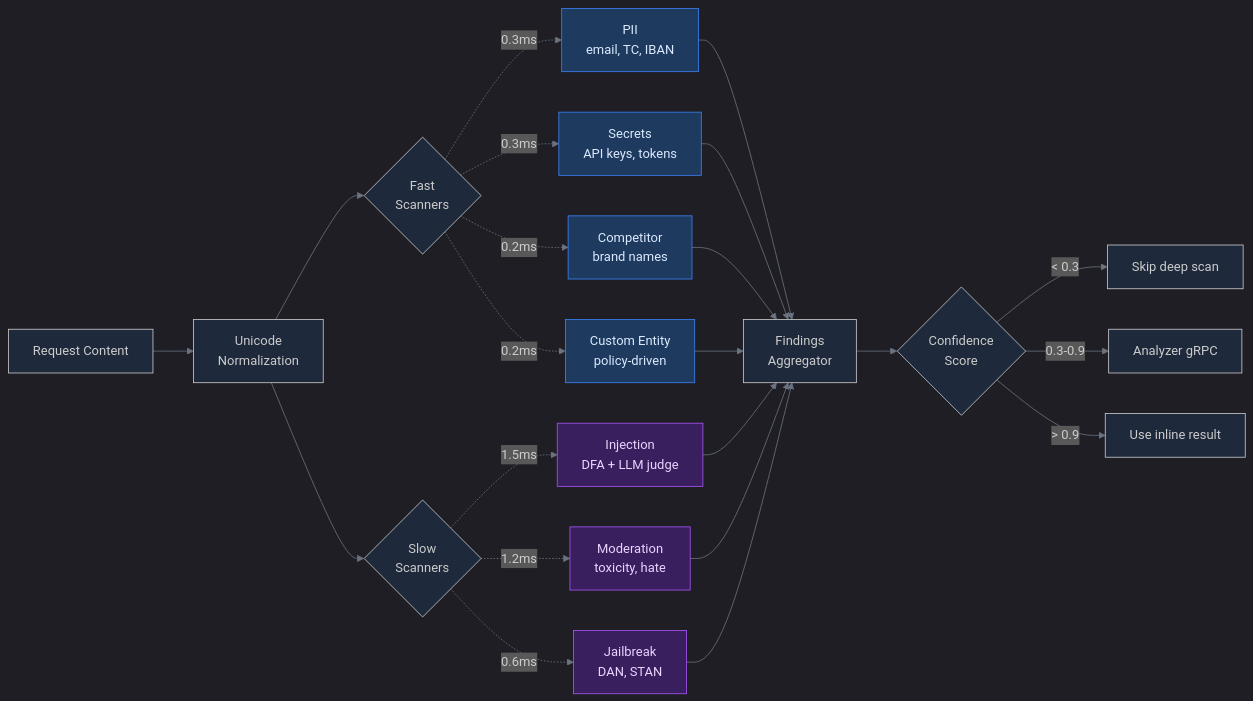
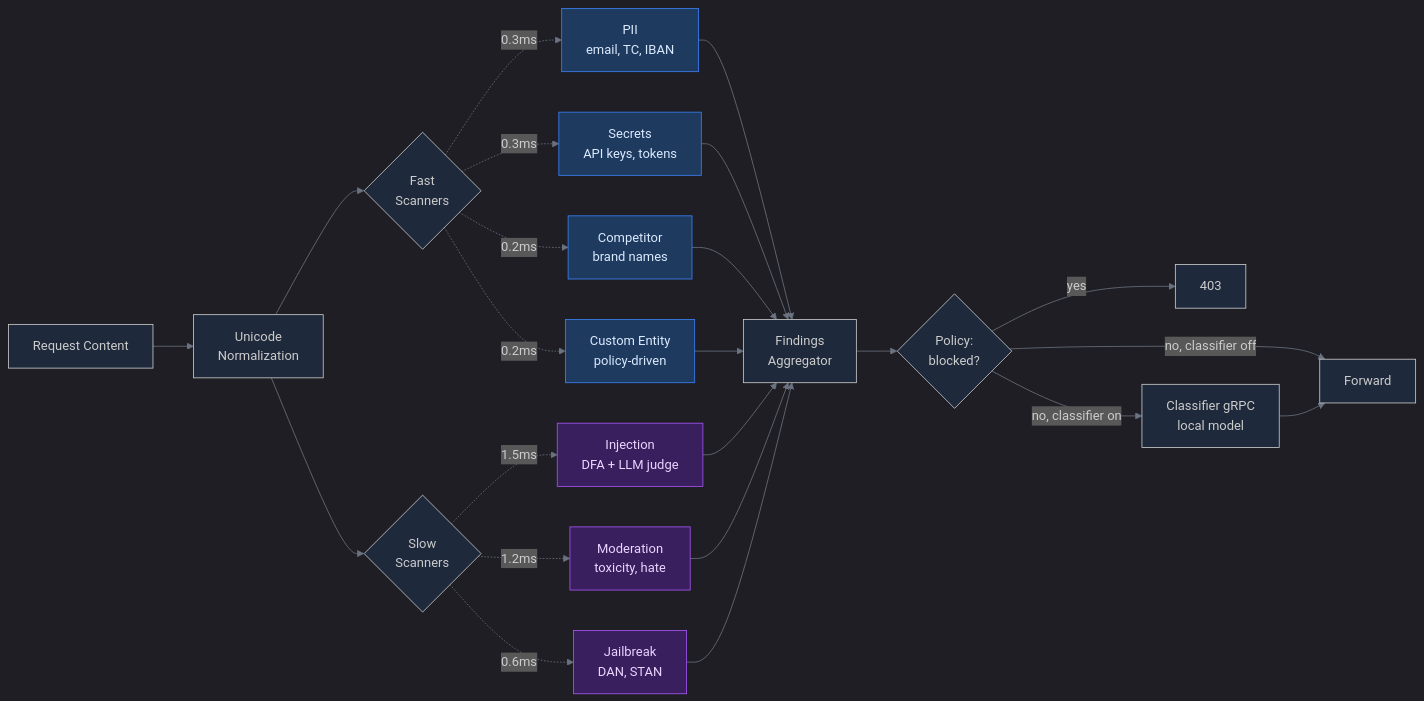
Before and after one commit to yatuk/tamga: the third of 6 diagrams in docs/architecture/README.md, drawn with Mermaid. The commit also changed other lines of this file and 28 other files, not shown here.

````diff
--- a/docs/architecture/README.md
+++ b/docs/architecture/README.md
@@ -161,46 +166,47 @@
 ```mermaid
 %%{init: {
   'theme': 'dark',
   'themeVariables': {
     'primaryColor': '#1e3a5f',
     'primaryTextColor': '#dbeafe',
     'primaryBorderColor': '#3b82f6',
     'lineColor': '#6b7280',
     'background': '#0f172a',
     'mainBkg': '#1e293b'
   }
 }}%%
 graph LR
     Input[Request Content] --> Normalize[Unicode<br/>Normalization]
 
     Normalize --> Fast{Fast<br/>Scanners}
     Normalize --> Slow{Slow<br/>Scanners}
 
     Fast -.->|0.3ms| PII[PII<br/>email, TC, IBAN]
     Fast -.->|0.3ms| Secret[Secrets<br/>API keys, tokens]
     Fast -.->|0.2ms| Comp[Competitor<br/>brand names]
     Fast -.->|0.2ms| Custom[Custom Entity<br/>policy-driven]
 
     Slow -.->|1.5ms| Inject[Injection<br/>DFA + LLM judge]
     Slow -.->|1.2ms| Mod[Moderation<br/>toxicity, hate]
     Slow -.->|0.6ms| Jail[Jailbreak<br/>DAN, STAN]
 
     PII --> Merge[Findings<br/>Aggregator]
     Secret --> Merge
     Comp --> Merge
     Custom --> Merge
     Inject --> Merge
     Mod --> Merge
     Jail --> Merge
 
-    Merge --> Confidence{Confidence<br/>Score}
-    Confidence -->|< 0.3| Skip[Skip deep scan]
-    Confidence -->|0.3-0.9| Deep[Analyzer gRPC]
-    Confidence -->|> 0.9| Decisive[Use inline result]
+    Merge --> Verdict{Policy:<br/>blocked?}
+    Verdict -->|yes| Decisive[403]
+    Verdict -->|no, classifier on| Cls[Classifier gRPC<br/>local model]
+    Verdict -->|no, classifier off| Forward[Forward]
+    Cls --> Forward
 
     classDef fast fill:#1e3a5f,stroke:#3b82f6,color:#dbeafe
     classDef slow fill:#3a1f5f,stroke:#a855f7,color:#e9d5ff
 
     class PII,Secret,Comp,Custom fast
     class Inject,Mod,Jail slow
 ```
````
